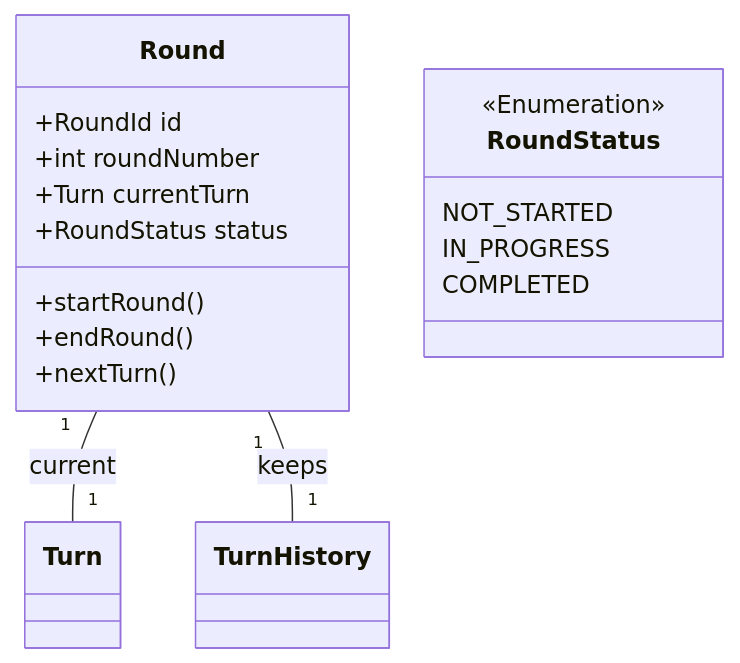
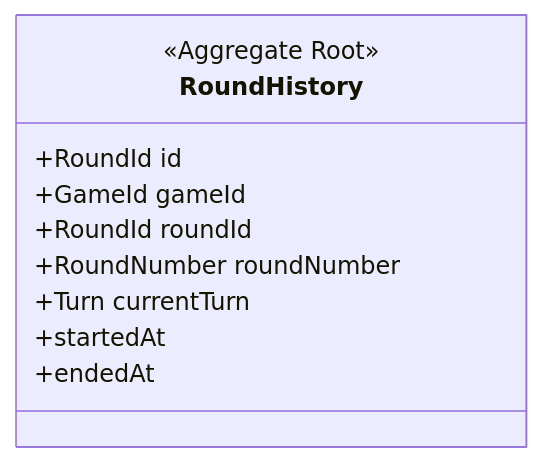
Before and after one commit to otonowa-naka/esiritori: the third of 5 diagrams in design/domain-model.md, drawn with Mermaid. The commit also changed other lines of this file and 1 other file, not shown here.

````diff
--- a/design/domain-model.md
+++ b/design/domain-model.md
@@ -186,22 +204,13 @@
 ```mermaid
 classDiagram
-    class Round {
+    class RoundHistory {
+        <<Aggregate Root>>
         +RoundId id
-        +int roundNumber
+        +GameId gameId
+        +RoundId roundId
+        +RoundNumber roundNumber
         +Turn currentTurn
-        +RoundStatus status
-        +startRound()
-        +endRound()
-        +nextTurn()
+        +startedAt
+        +endedAt
     }
-
-    class RoundStatus {
-        <<Enumeration>>
-        NOT_STARTED
-        IN_PROGRESS
-        COMPLETED
-    }
-
-    Round "1" -- "1" Turn : current
-    Round "1" -- "1" TurnHistory : keeps
 ```
````
